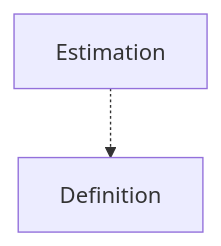
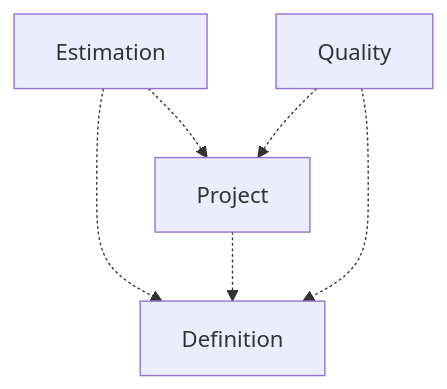
Before and after one commit to glemzurg/glemzurg: the diagram in examples/requirements/req/output/development-process/domain-domain.process.md, drawn with Mermaid. The commit also changed other lines of this file and 79 other files, not shown here.

````diff
--- a/examples/requirements/req/output/development-process/domain-domain.process.md
+++ b/examples/requirements/req/output/development-process/domain-domain.process.md
@@ -11,7 +11,13 @@
 ```mermaid
 graph TD
 subdomain_domain_process_subdomain_definition["Definition"]
 subdomain_domain_process_subdomain_estimation["Estimation"]
+subdomain_domain_process_subdomain_project["Project"]
+subdomain_domain_process_subdomain_quality["Quality"]
 subdomain_domain_process_subdomain_estimation -.-> subdomain_domain_process_subdomain_definition
+subdomain_domain_process_subdomain_estimation -.-> subdomain_domain_process_subdomain_project
+subdomain_domain_process_subdomain_project -.-> subdomain_domain_process_subdomain_definition
+subdomain_domain_process_subdomain_quality -.-> subdomain_domain_process_subdomain_definition
+subdomain_domain_process_subdomain_quality -.-> subdomain_domain_process_subdomain_project
 
 ```
````
